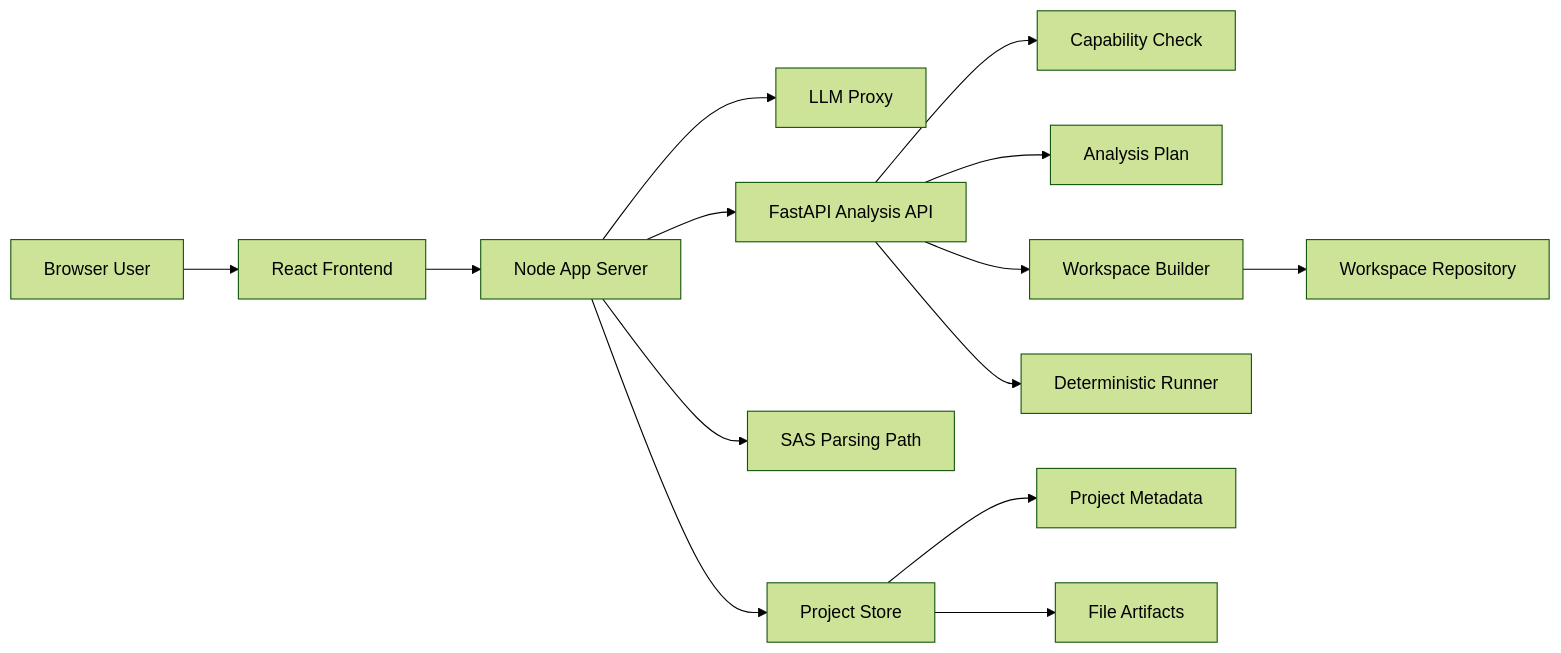
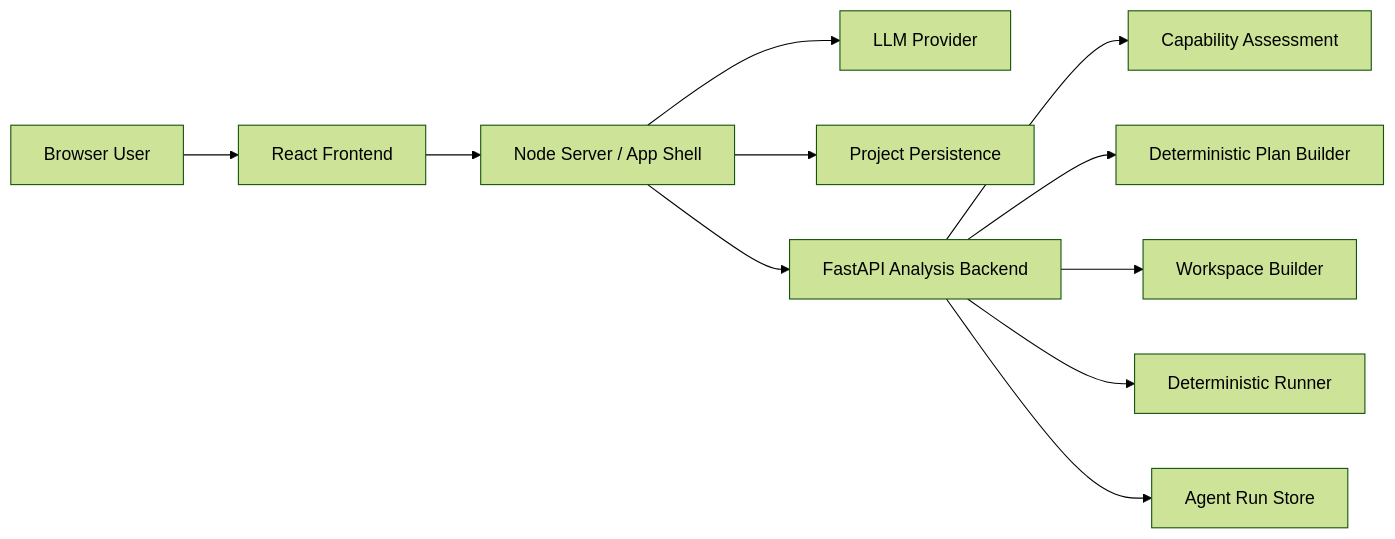
One commit to mnikor/Study-Data-analysis changed the first of 3 diagrams in README.md. Above: the diagram before and after it, drawn with Mermaid (forest theme). The commit also changed other lines of this file, not shown here.

Commit message:
Update README for current agent architecture

````diff
--- a/README.md
+++ b/README.md
@@ -98,19 +169,15 @@
 ```mermaid
 flowchart LR
     U["Browser User"] --> FE["React Frontend"]
-    FE --> NODE["Node App Server"]
+    FE --> NODE["Node Server / App Shell"]
 
-    NODE --> AI["LLM Proxy"]
-    NODE --> STORE["Project Store"]
-    NODE --> SAS["SAS Parsing Path"]
-    NODE --> FASTAPI["FastAPI Analysis API"]
+    NODE --> AI["LLM Provider"]
+    NODE --> STORE["Project Persistence"]
+    NODE --> FASTAPI["FastAPI Analysis Backend"]
 
-    FASTAPI --> CAP["Capability Check"]
-    FASTAPI --> PLAN["Analysis Plan"]
+    FASTAPI --> CAP["Capability Assessment"]
+    FASTAPI --> PLAN["Deterministic Plan Builder"]
     FASTAPI --> WS["Workspace Builder"]
     FASTAPI --> RUN["Deterministic Runner"]
-
-    STORE --> META["Project Metadata"]
-    STORE --> ART["File Artifacts"]
-    WS --> REPO["Workspace Repository"]
+    FASTAPI --> AGENT["Agent Run Store"]
 ```
````
